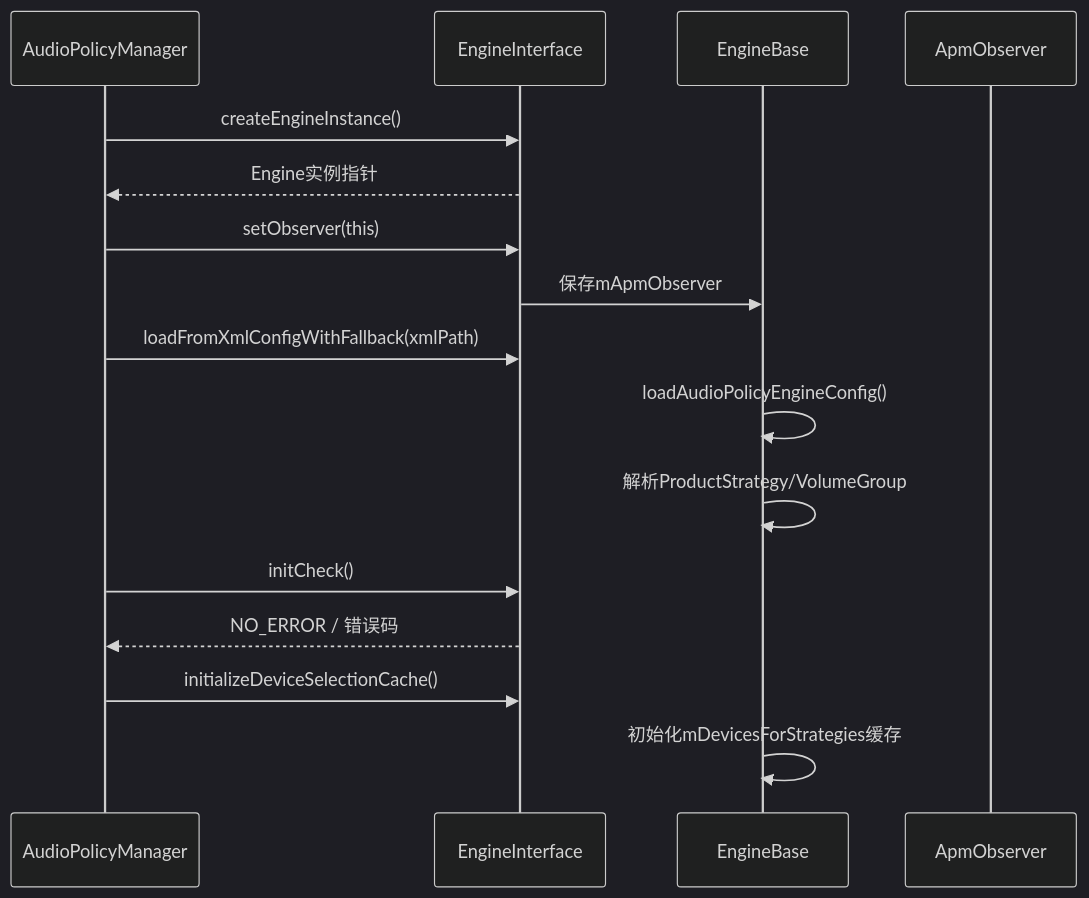
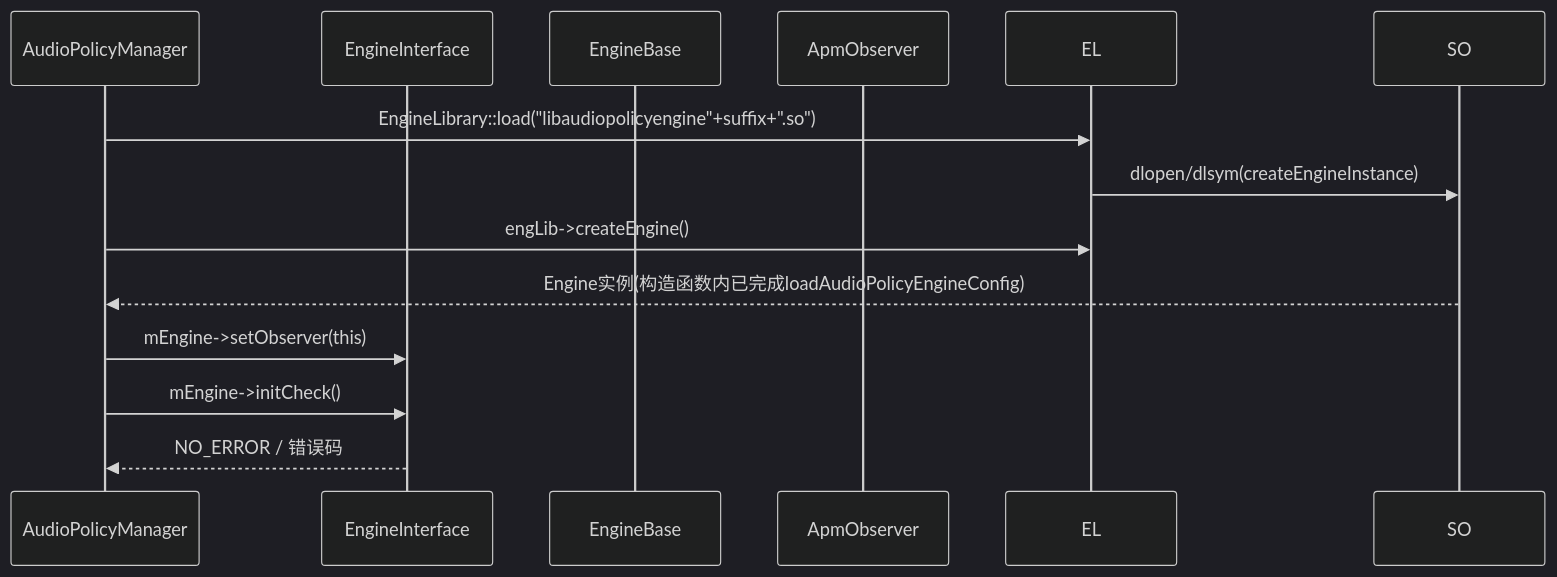
Before and after one commit to yanglinzhen1022/SA8295_AAOS_QNX_Audio_KnowledgeBase: the third of 6 diagrams in 06_Audio_Policy_Engine/06_6.9_EngineInterface-策略引擎接口.md, drawn with Mermaid (dark theme). The commit also changed other lines of this file and 11 other files, not shown here.

````diff
--- a/06_Audio_Policy_Engine/06_6.9_EngineInterface-策略引擎接口.md
+++ b/06_Audio_Policy_Engine/06_6.9_EngineInterface-策略引擎接口.md
@@ -153,19 +147,15 @@
 ```mermaid
 sequenceDiagram
     participant APM as AudioPolicyManager
     participant EI as EngineInterface
     participant EB as EngineBase
     participant OBS as ApmObserver
 
-    APM->>EI: createEngineInstance()
-    EI-->>APM: Engine实例指针
-    APM->>EI: setObserver(this)
-    EI->>EB: 保存mApmObserver
-    APM->>EI: loadFromXmlConfigWithFallback(xmlPath)
-    EB->>EB: loadAudioPolicyEngineConfig()
-    EB->>EB: 解析ProductStrategy/VolumeGroup
-    APM->>EI: initCheck()
+    APM->>EL: EngineLibrary::load("libaudiopolicyengine"+suffix+".so")
+    EL->>SO: dlopen/dlsym(createEngineInstance)
+    APM->>EL: engLib->createEngine()
+    SO-->>APM: Engine实例(构造函数内已完成loadAudioPolicyEngineConfig)
+    APM->>EI: mEngine->setObserver(this)
+    APM->>EI: mEngine->initCheck()
     EI-->>APM: NO_ERROR / 错误码
-    APM->>EI: initializeDeviceSelectionCache()
-    EB->>EB: 初始化mDevicesForStrategies缓存
 ```
````
